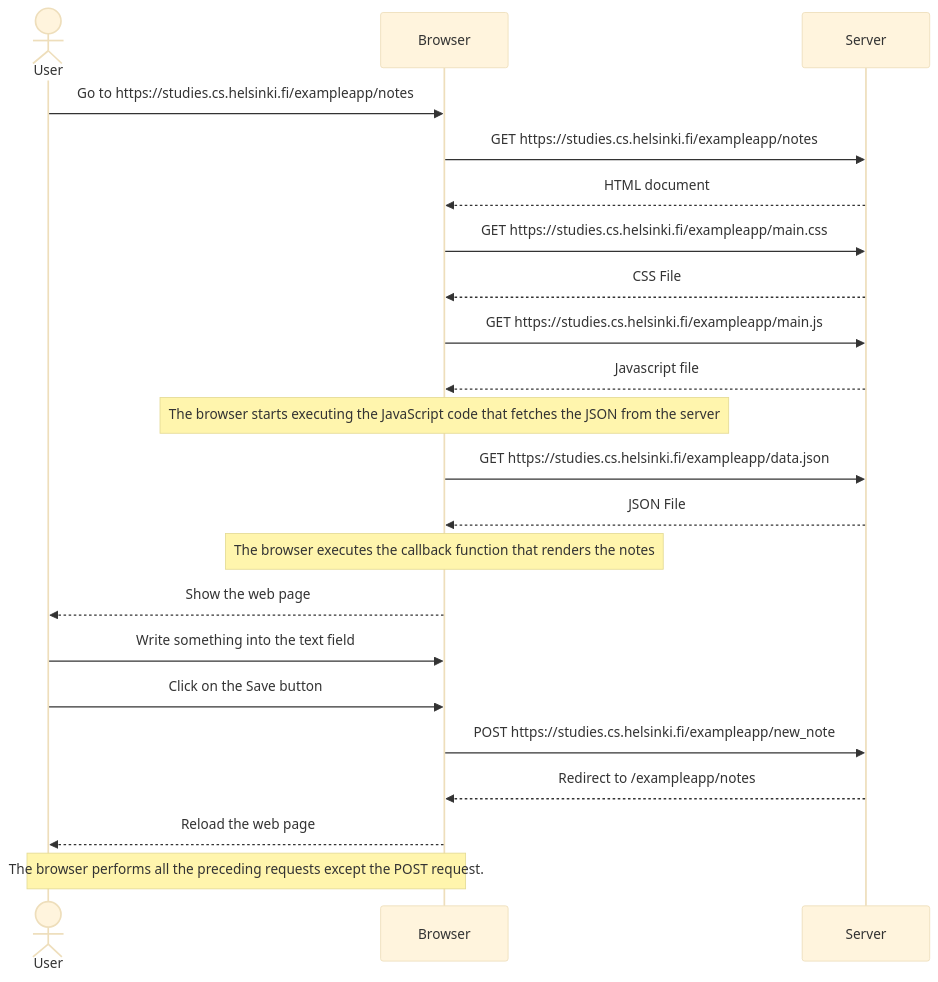
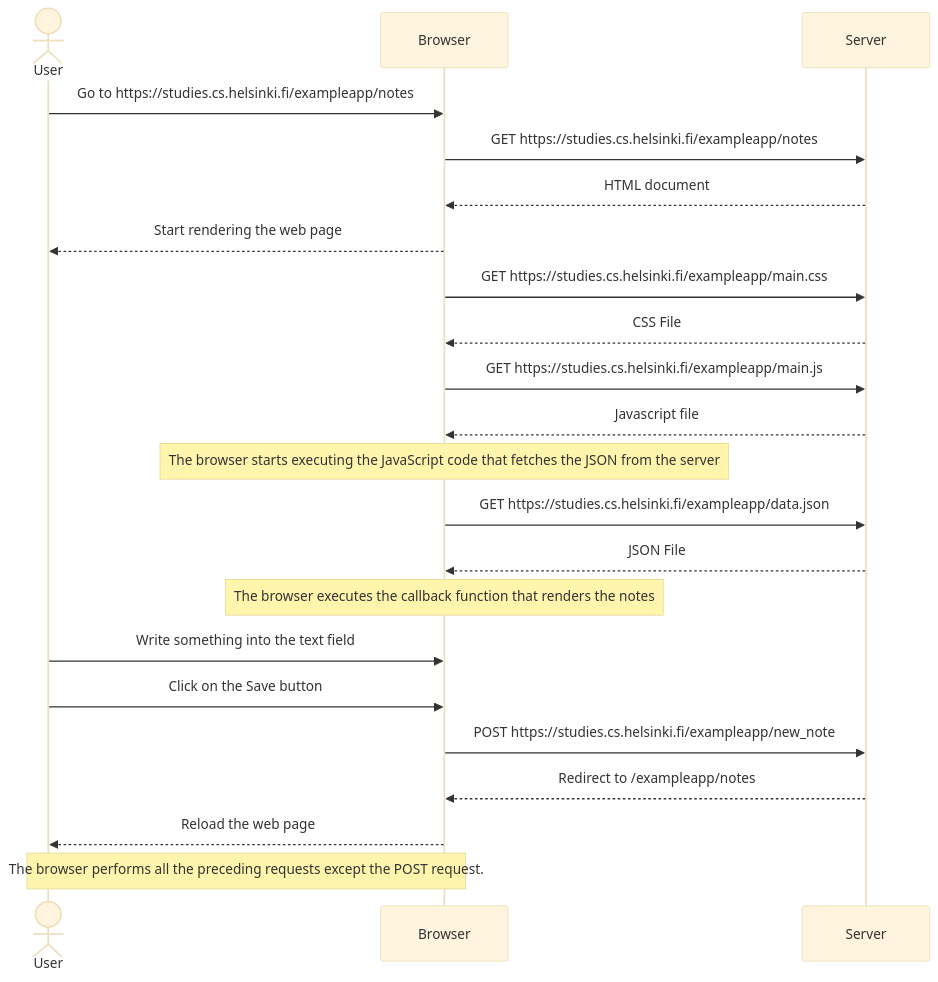
Before and after one commit to Wilky2/FullStackOpen: the diagram in part0/NewNoteDiagram/mermaid.md, drawn with Mermaid (base theme). The commit also changed 5 other files, not shown here.

Commit message:
correction in the exercises when the browser start rendering the web page

````diff
--- a/part0/NewNoteDiagram/mermaid.md
+++ b/part0/NewNoteDiagram/mermaid.md
@@ -1,26 +1,26 @@
 ```mermaid
 sequenceDiagram
     actor user as User
     participant browser as Browser
     participant server as Server
 
     user ->> browser: Go to https://studies.cs.helsinki.fi/exampleapp/notes
     browser ->> server: GET https://studies.cs.helsinki.fi/exampleapp/notes
     server -->> browser: HTML document
+    browser -->> user: Start rendering the web page
     browser ->> server: GET https://studies.cs.helsinki.fi/exampleapp/main.css
     server -->> browser: CSS File
     browser ->> server: GET https://studies.cs.helsinki.fi/exampleapp/main.js
     server -->> browser: Javascript file
     Note over browser: The browser starts executing the JavaScript code that fetches the JSON from the server
     browser ->> server: GET https://studies.cs.helsinki.fi/exampleapp/data.json
     server -->> browser: JSON File
     Note over browser: The browser executes the callback function that renders the notes
-    browser -->> user: Show the web page
 
     user ->> browser: Write something into the text field
     user ->> browser: Click on the Save button
     browser ->> server: POST https://studies.cs.helsinki.fi/exampleapp/new_note
     server -->> browser: Redirect to /exampleapp/notes
     browser -->> user: Reload the web page
     Note over user,browser: The browser performs all the preceding requests except the POST request.
 ```
````
